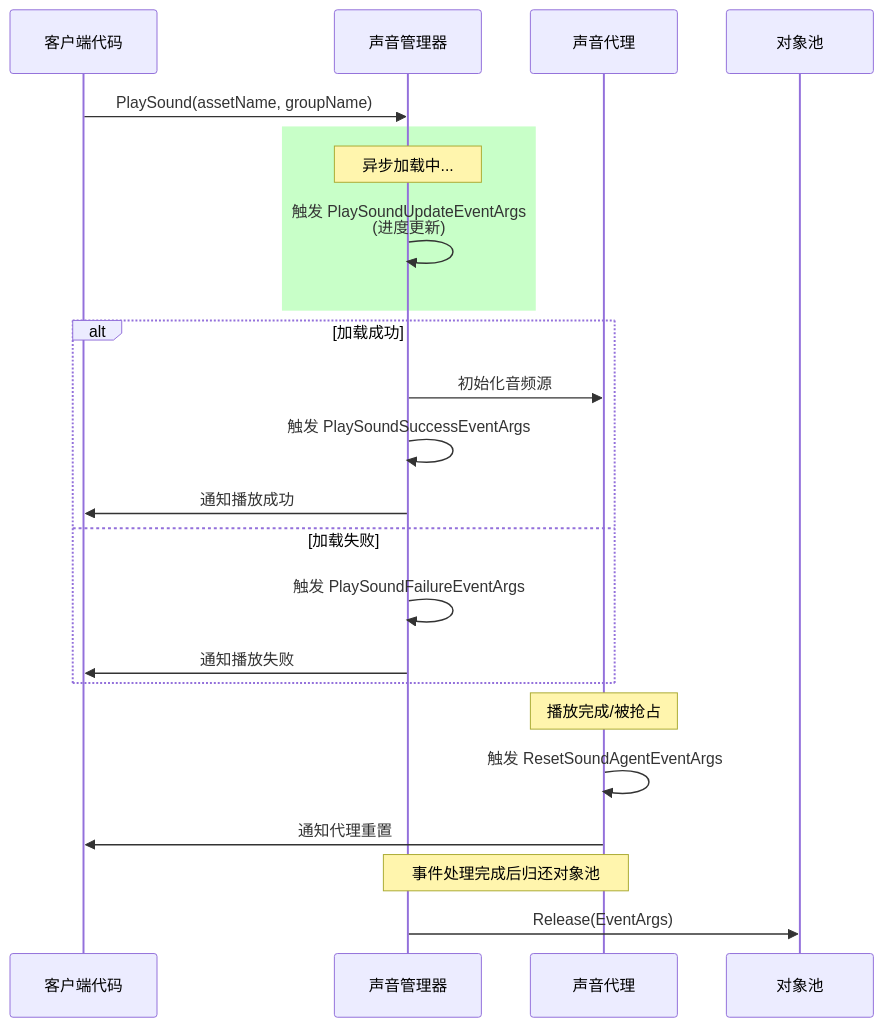
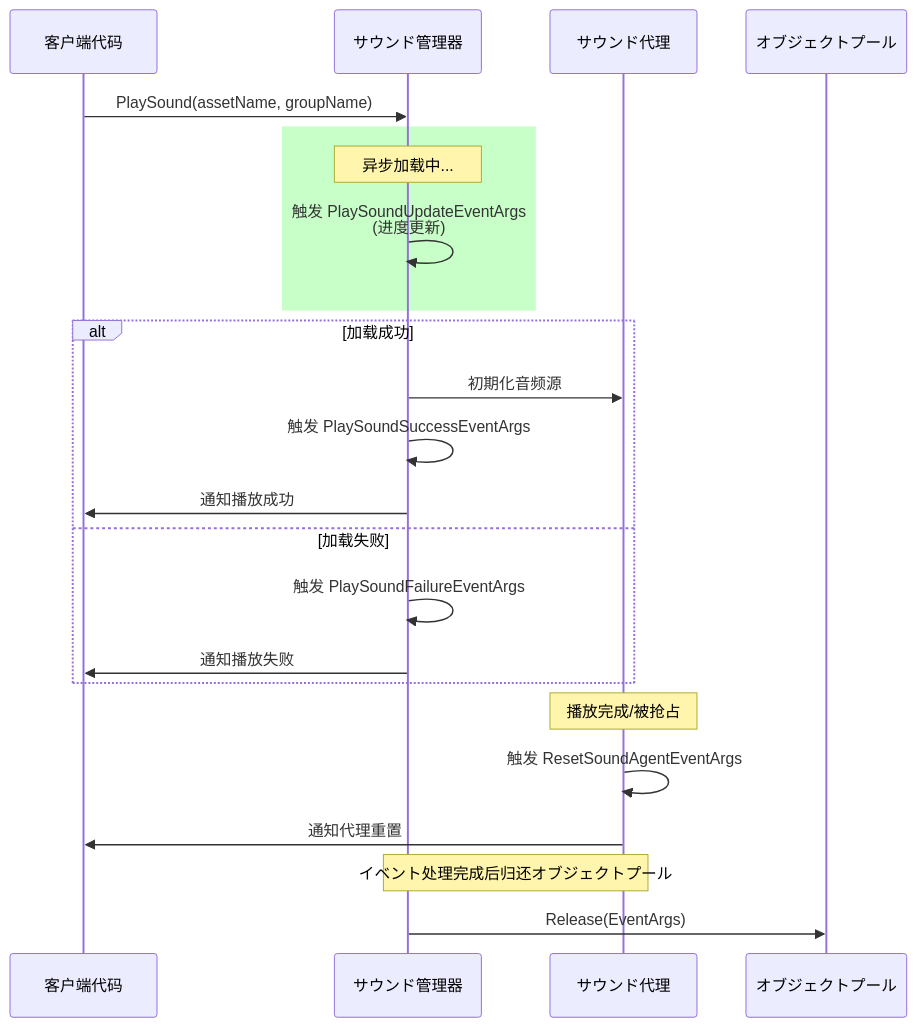
Before and after one commit to AlianBlank/GameFrameX.Docs: the third of 3 diagrams in docs/ja/client/unity/component/sound/09.event-args.md, drawn with Mermaid. The commit also changed other lines of this file and 603 other files, not shown here.

````diff
--- a/docs/ja/client/unity/component/sound/09.event-args.md
+++ b/docs/ja/client/unity/component/sound/09.event-args.md
@@ -389,30 +389,30 @@
 ```mermaid
 sequenceDiagram
     participant Client as 客户端代码
-    participant SM as 声音管理器
-    participant SA as 声音代理
-    participant Pool as 对象池
+    participant SM as サウンド管理器
+    participant SA as サウンド代理
+    participant Pool as オブジェクトプール
 
     Client->>SM: PlaySound(assetName, groupName)
     
     rect rgb(200, 255, 200)
         Note over SM: 异步加载中...
         SM->>SM: 触发 PlaySoundUpdateEventArgs<br/>(进度更新)
     end
     
     alt 加载成功
-        SM->>SA: 初始化音频源
+        SM->>SA: 初期化音频源
         SM->>SM: 触发 PlaySoundSuccessEventArgs
         SM->>Client: 通知播放成功
     else 加载失败
         SM->>SM: 触发 PlaySoundFailureEventArgs
         SM->>Client: 通知播放失败
     end
     
     Note over SA: 播放完成/被抢占
     SA->>SA: 触发 ResetSoundAgentEventArgs
     SA->>Client: 通知代理重置
     
-    Note over SM,SA: 事件处理完成后归还对象池
+    Note over SM,SA: イベント处理完成后归还オブジェクトプール
     SM->>Pool: Release(EventArgs)
 ```
````
